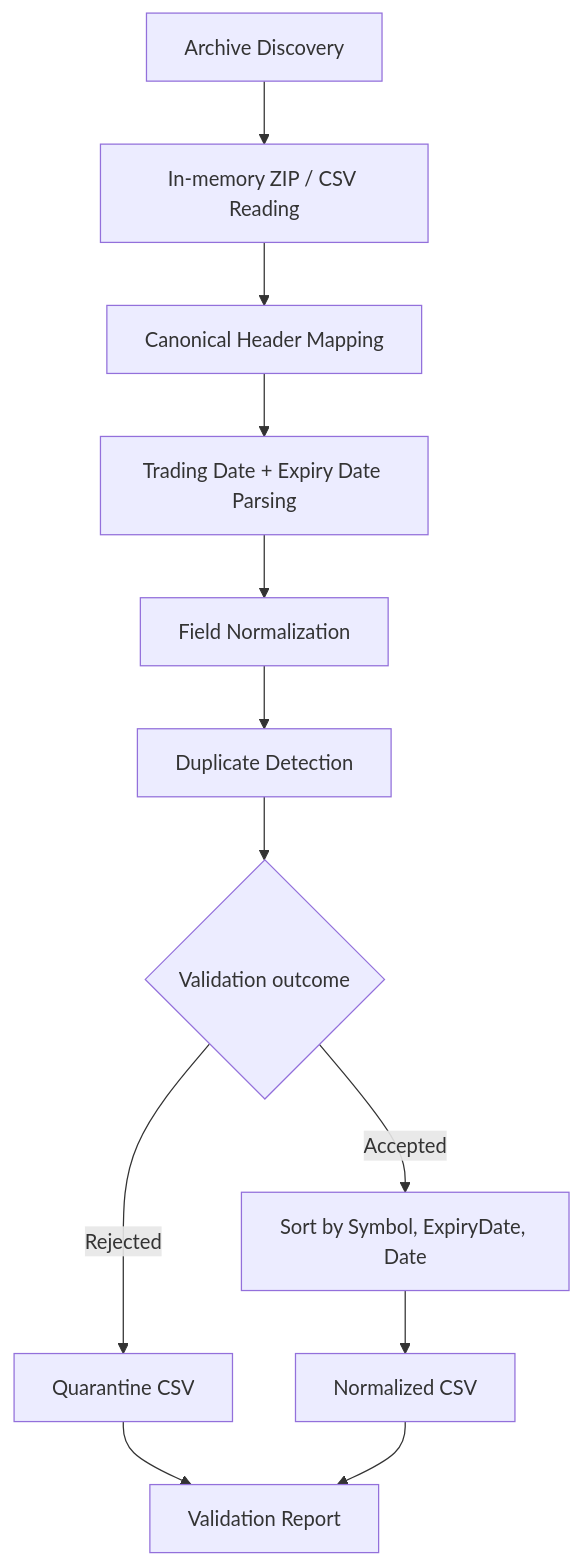
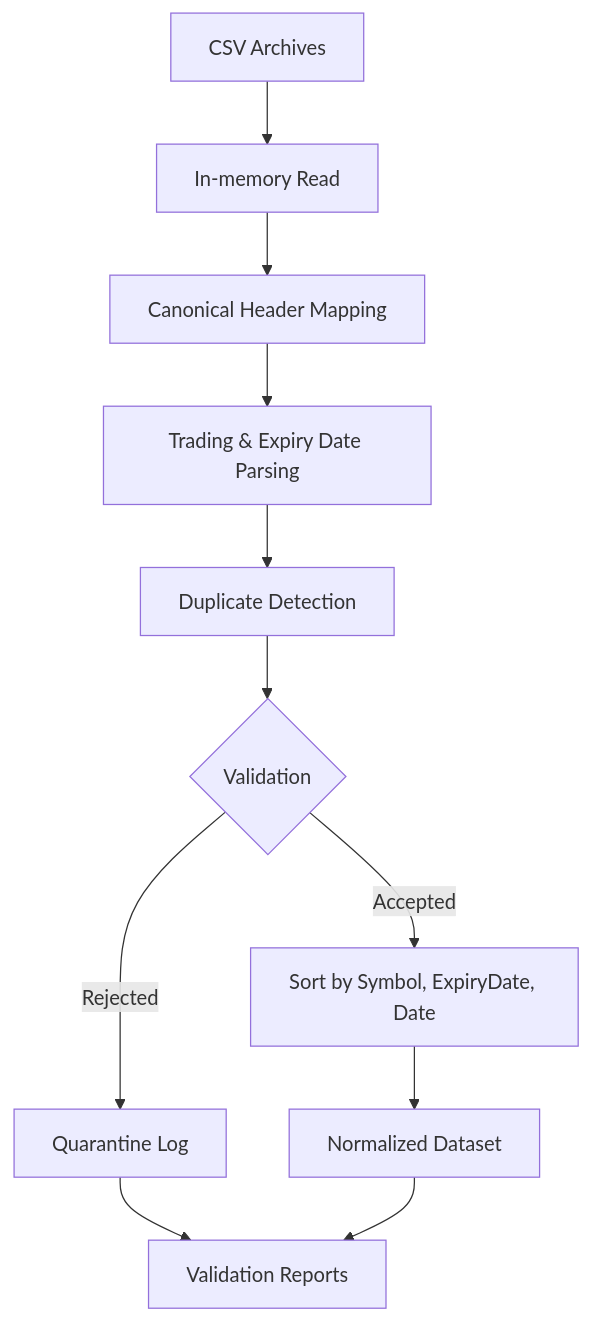
The second of 3 diagrams in README.md (nitin25J/SwarnaNet), drawn with Mermaid before and after one commit. The commit also changed other lines of this file, not shown here.

````diff
--- a/README.md
+++ b/README.md
@@ -32,14 +33,13 @@
 ```mermaid
 flowchart TD
-    A[Archive Discovery] --> B[In-memory ZIP / CSV Reading]
+    A[CSV Archives] --> B[In-memory Read]
     B --> C[Canonical Header Mapping]
-    C --> D[Trading Date + Expiry Date Parsing]
-    D --> E[Field Normalization]
-    E --> F[Duplicate Detection]
-    F --> G{Validation outcome}
-    G -->|Accepted| H[Sort by Symbol, ExpiryDate, Date]
-    G -->|Rejected| I[Quarantine CSV]
-    H --> J[Normalized CSV]
-    I --> K[Validation Report]
-    J --> K
+    C --> D[Trading & Expiry Date Parsing]
+    D --> E[Duplicate Detection]
+    E --> F{Validation}
+    F -->|Accepted| G[Sort by Symbol, ExpiryDate, Date]
+    F -->|Rejected| H[Quarantine Log]
+    G --> I[Normalized Dataset]
+    H --> J[Validation Reports]
+    I --> J
 ```
````
